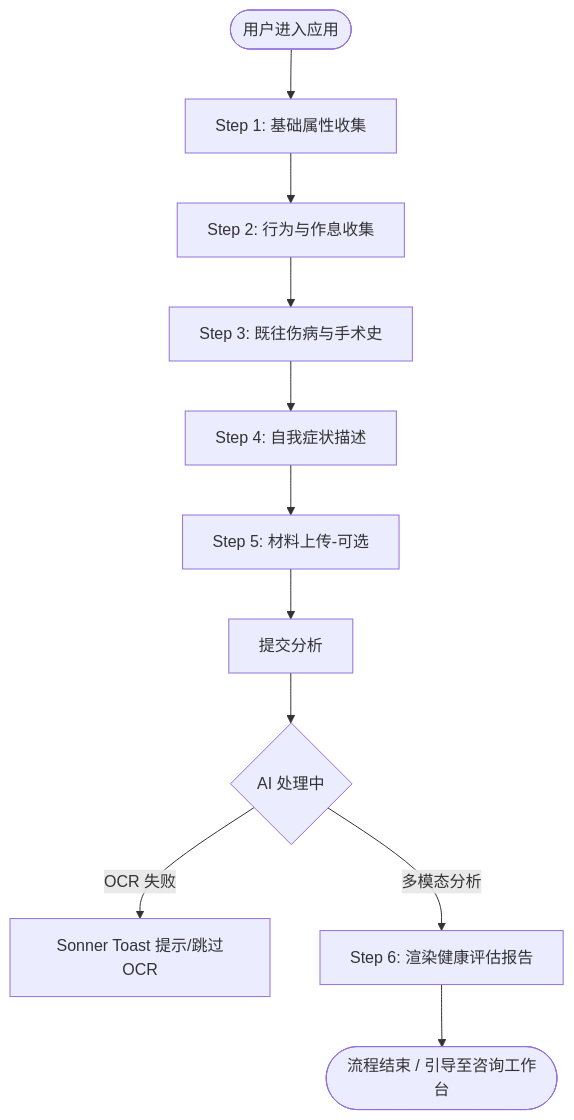
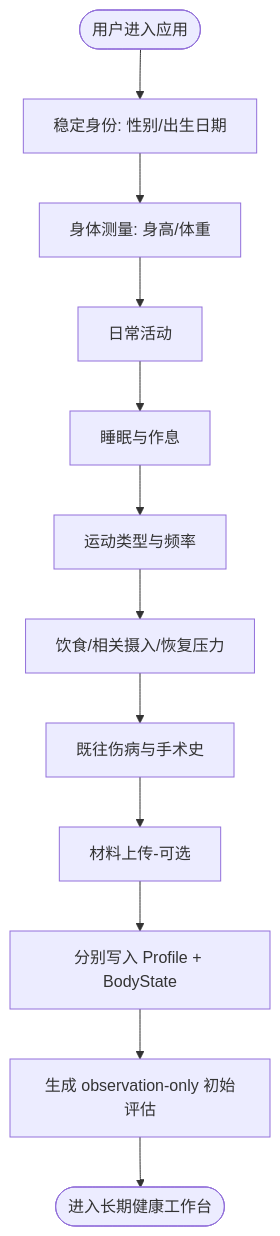
One commit to BakerSean168/BodySense changed the diagram in docs/feature_spec_onboarding_assessment.md. Above: the diagram before and after it, drawn with Mermaid. The commit also changed other lines of this file and 263 other files, not shown here.

````diff
--- a/docs/feature_spec_onboarding_assessment.md
+++ b/docs/feature_spec_onboarding_assessment.md
@@ -11,13 +22,14 @@
 ```mermaid
 graph TD
-    Start([用户进入应用]) --> Step1[Step 1: 基础属性收集]
-    Step1 --> Step2[Step 2: 行为与作息收集]
-    Step2 --> Step3[Step 3: 既往伤病与手术史]
-    Step3 --> Step4[Step 4: 自我症状描述]
-    Step4 --> Step5[Step 5: 材料上传-可选]
-    Step5 --> Submit[提交分析]
-    Submit --> Loading{AI 处理中}
-    Loading -- OCR 失败 --> Toast[Sonner Toast 提示/跳过OCR]
-    Loading -- 多模态分析 --> Report[Step 6: 渲染健康评估报告]
-    Report --> End([流程结束 / 引导至咨询工作台])
+    Start([用户进入应用]) --> Identity[稳定身份: 性别/出生日期]
+    Identity --> Metrics[身体测量: 身高/体重]
+    Metrics --> Activity[日常活动]
+    Activity --> Sleep[睡眠与作息]
+    Sleep --> Exercise[运动类型与频率]
+    Exercise --> MoreLifestyle[饮食/相关摄入/恢复压力]
+    MoreLifestyle --> History[既往伤病与手术史]
+    History --> Upload[材料上传-可选]
+    Upload --> Persist[分别写入 Profile + BodyState]
+    Persist --> Assessment[生成 observation-only 初始评估]
+    Assessment --> End([进入长期健康工作台])
 ```
````
